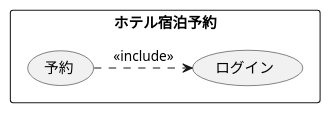
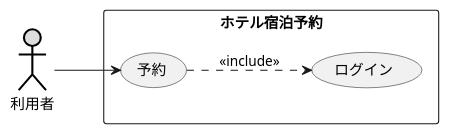
The diagram in 演習2-3_ホテル宿泊予約.pu (hatakeyama12/uml-intro), drawn with PlantUML before and after one commit. The commit also changed 2 other files, not shown here.

```diff
--- a/演習2-3_ホテル宿泊予約.pu
+++ b/演習2-3_ホテル宿泊予約.pu
@@ -1,7 +1,10 @@
 @startuml 演習２－３
+left to right direction
+actor 利用者#DDDDDD;line:black;line.bold;
 rectangle ホテル宿泊予約 {
     usecase 予約
     usecase ログイン
 }
-予約 .> ログイン : <<include>>
+利用者 --> 予約
+予約 ..> ログイン : <<include>>
 @enduml
```
